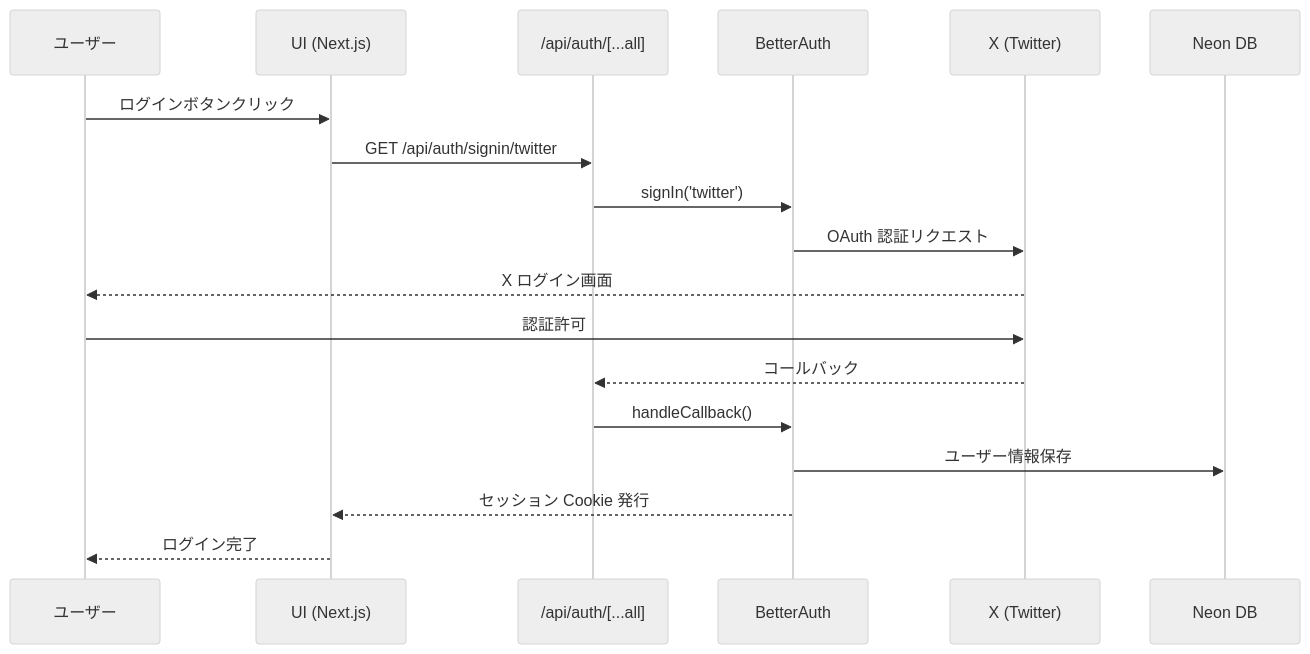
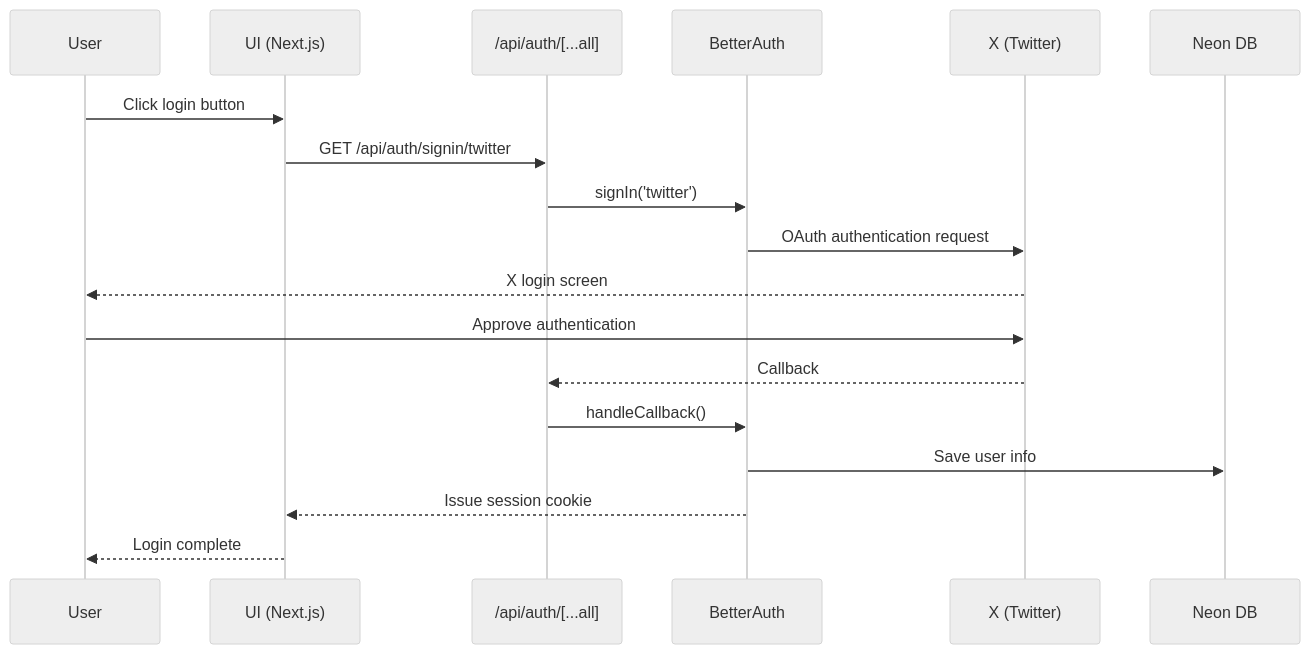
One commit to tqer39/xtrade changed the second of 4 diagrams in docs/architecture.md. Above: the diagram before and after it, drawn with Mermaid (neutral theme). The commit also changed other lines of this file and 6 other files, not shown here.

````diff
--- a/docs/architecture.md
+++ b/docs/architecture.md
@@ -284,21 +286,21 @@
 ```mermaid
 sequenceDiagram
-    participant User as ユーザー
+    participant User as User
     participant UI as UI (Next.js)
     participant API as /api/auth/[...all]
     participant BA as BetterAuth
     participant X as X (Twitter)
     participant DB as Neon DB
 
-    User->>UI: ログインボタンクリック
+    User->>UI: Click login button
     UI->>API: GET /api/auth/signin/twitter
     API->>BA: signIn('twitter')
-    BA->>X: OAuth 認証リクエスト
-    X-->>User: X ログイン画面
-    User->>X: 認証許可
-    X-->>API: コールバック
+    BA->>X: OAuth authentication request
+    X-->>User: X login screen
+    User->>X: Approve authentication
+    X-->>API: Callback
     API->>BA: handleCallback()
-    BA->>DB: ユーザー情報保存
-    BA-->>UI: セッション Cookie 発行
-    UI-->>User: ログイン完了
+    BA->>DB: Save user info
+    BA-->>UI: Issue session cookie
+    UI-->>User: Login complete
 ```
````
